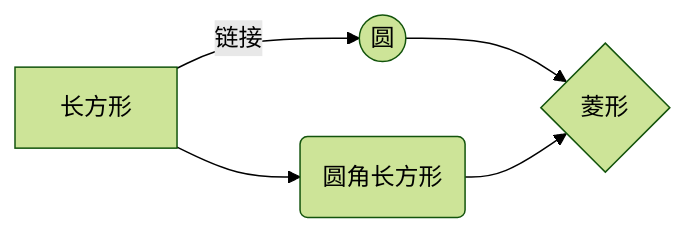
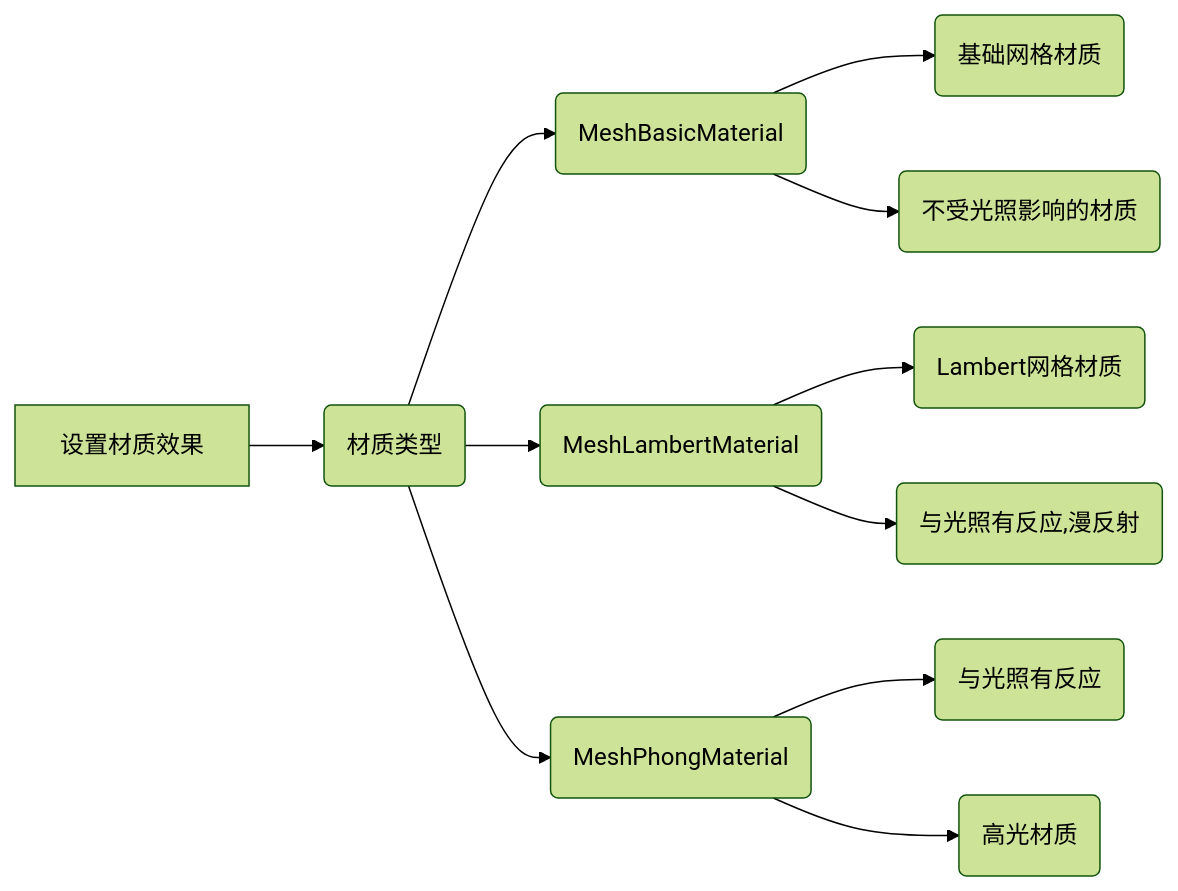
Before and after one commit to Cenergy/cenergy.github.io: the diagram in source/_posts/Threejs学习与总结.md, drawn with Mermaid (forest theme). The commit also changed other lines of this file and 3 other files, not shown here.

````diff
--- a/source/_posts/Threejs学习与总结.md
+++ b/source/_posts/Threejs学习与总结.md
@@ -84,7 +72,13 @@
 ```mermaid
 graph LR
-A[长方形] -- 链接 --> B((圆))
-A --> C(圆角长方形)
-B --> D{菱形}
-C --> D
+A[设置材质效果]  --> C(材质类型)
+C --> D(MeshBasicMaterial)
+D --> D1(基础网格材质)
+D --> D2(不受光照影响的材质)
+C --> E(MeshLambertMaterial)
+E --> E1(Lambert网格材质)
+E --> E2(与光照有反应,漫反射)
+C --> F(MeshPhongMaterial)
+F --> F1(与光照有反应)
+F --> F2(高光材质)
 ```
````
